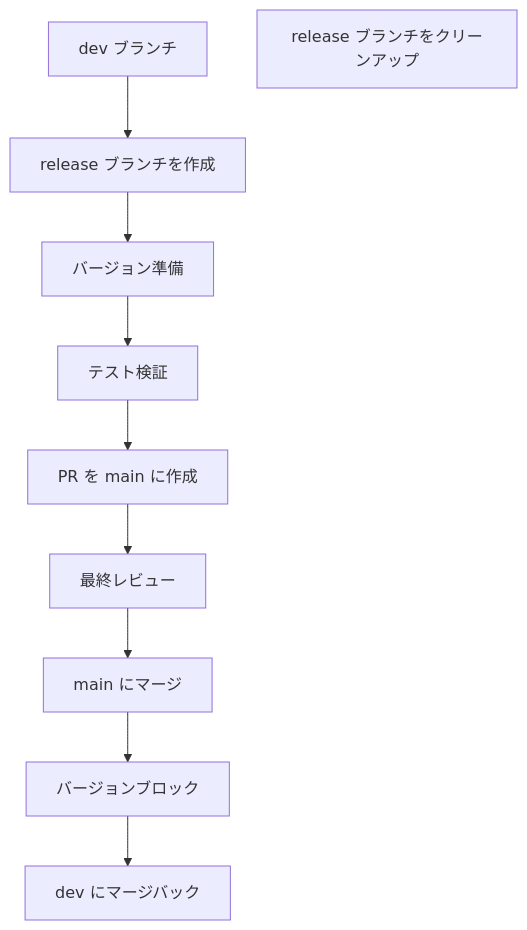
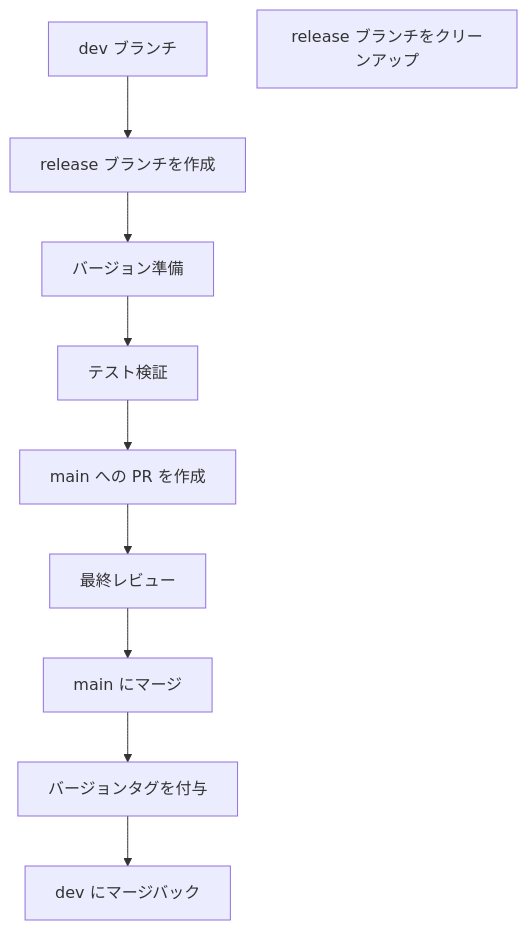
Before and after one commit to ChenXu233/YaoXiang: the third of 3 diagrams in docs/src/ja/dev/branch-maintenance-guide.md, drawn with Mermaid. The commit also changed other lines of this file and 142 other files, not shown here.

````diff
--- a/docs/src/ja/dev/branch-maintenance-guide.md
+++ b/docs/src/ja/dev/branch-maintenance-guide.md
@@ -181,12 +181,12 @@
 ```mermaid
 graph TD
     A[dev ブランチ] --> B[release ブランチを作成]
     B --> C[バージョン準備]
     C --> D[テスト検証]
-    D --> E[PR を main に作成]
+    D --> E[main への PR を作成]
     E --> F[最終レビュー]
     F --> G[main にマージ]
-    G --> H[バージョンブロック]
+    G --> H[バージョンタグを付与]
     H --> I[dev にマージバック]
     J[release ブランチをクリーンアップ]
 ```
````
